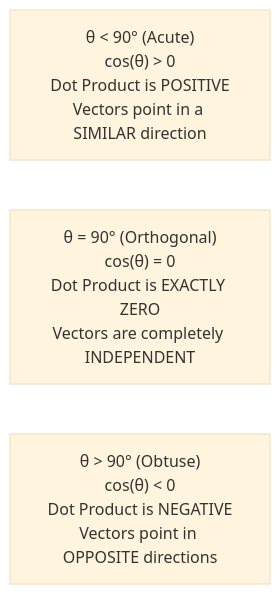
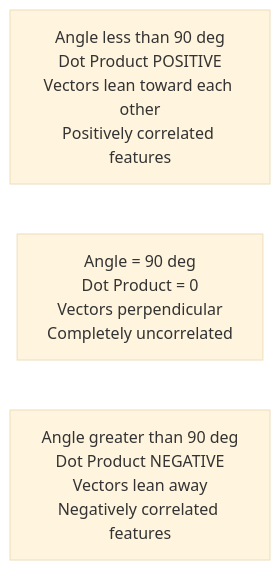
Before and after one commit to jashu-16/cv_engineering: the third of 7 diagrams in docs/00-math-foundations/level-01-linear-algebra.md, drawn with Mermaid (base theme). The commit also changed other lines of this file and 5 other files, not shown here.

````diff
--- a/docs/00-math-foundations/level-01-linear-algebra.md
+++ b/docs/00-math-foundations/level-01-linear-algebra.md
@@ -216,6 +641,6 @@
 ```mermaid
 flowchart LR
-    Case1["θ < 90° (Acute)\ncos(θ) > 0\nDot Product is POSITIVE\nVectors point in a SIMILAR direction"]
-    Case2["θ = 90° (Orthogonal)\ncos(θ) = 0\nDot Product is EXACTLY ZERO\nVectors are completely INDEPENDENT"]
-    Case3["θ > 90° (Obtuse)\ncos(θ) < 0\nDot Product is NEGATIVE\nVectors point in OPPOSITE directions"]
+    Pos["Angle less than 90 deg\nDot Product POSITIVE\nVectors lean toward each other\nPositively correlated features"]
+    Zero["Angle = 90 deg\nDot Product = 0\nVectors perpendicular\nCompletely uncorrelated"]
+    Neg["Angle greater than 90 deg\nDot Product NEGATIVE\nVectors lean away\nNegatively correlated features"]
 ```
````
